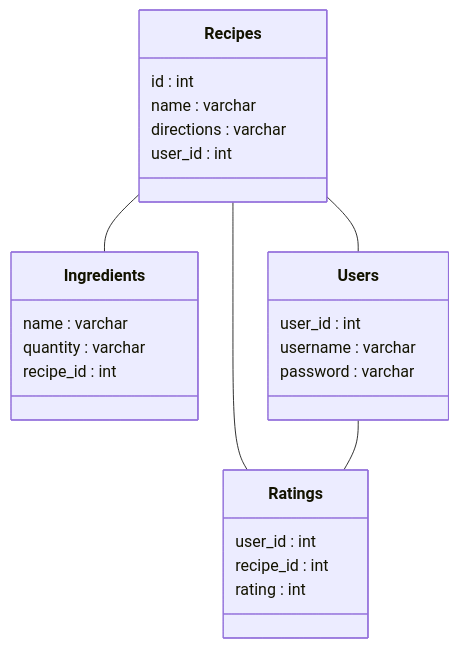
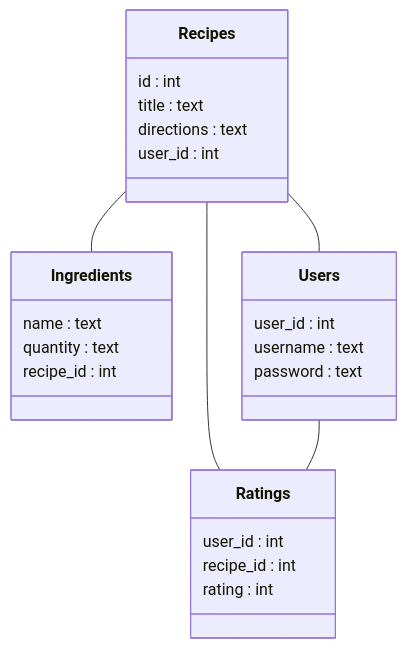
One commit to heliparv/mixological changed the diagram in documentation/database_schema.md. Above: the diagram before and after it, drawn with Mermaid.

Commit message:
update database documentation

````diff
--- a/documentation/database_schema.md
+++ b/documentation/database_schema.md
@@ -1,28 +1,28 @@
 ```mermaid
 classDiagram
     class Recipes{
         id : int
-        name : varchar
-        directions : varchar
+        title : text
+        directions : text
         user_id : int
     } 
     class Ingredients{
-        name : varchar
-        quantity : varchar
+        name : text
+        quantity : text
         recipe_id : int
     }
     class Ratings{
         user_id : int
         recipe_id : int
         rating : int
     }
     class Users{
         user_id : int
-        username : varchar
-        password : varchar
+        username : text
+        password : text
     }
     Recipes -- Users
     Recipes -- Ingredients
     Recipes -- Ratings
     Users -- Ratings
 ```
````
